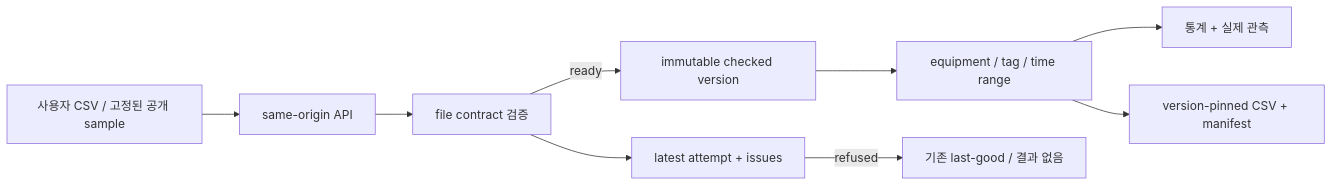
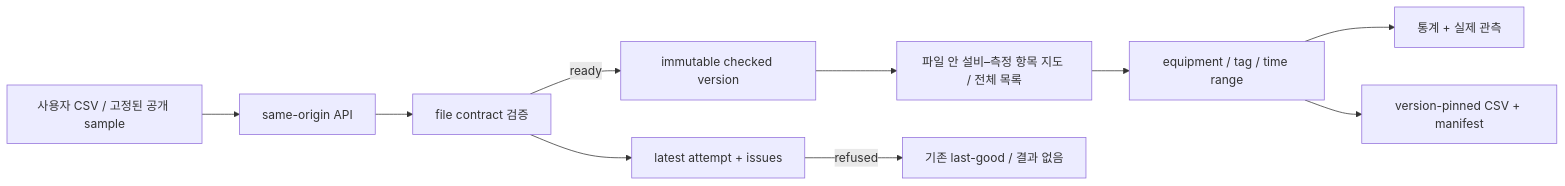
The first of 3 diagrams in docs/ARCHITECTURE.md (junhyun-dev/manufacturing-data-platform), drawn with Mermaid before and after one commit. The commit also changed other lines of this file and 13 other files, not shown here.

````diff
--- a/docs/ARCHITECTURE.md
+++ b/docs/ARCHITECTURE.md
@@ -7,11 +7,12 @@
 ```mermaid
 flowchart LR
   file["사용자 CSV / 고정된 공개 sample"] --> api["same-origin API"]
   api --> validate["file contract 검증"]
   validate --> attempt["latest attempt + issues"]
   validate -- ready --> version["immutable checked version"]
-  version --> select["equipment / tag / time range"]
+  version --> membership["파일 안 설비–측정 항목 지도 / 전체 목록"]
+  membership --> select["equipment / tag / time range"]
   select --> view["통계 + 실제 관측"]
   select --> export["version-pinned CSV + manifest"]
   attempt -- refused --> previous["기존 last-good / 결과 없음"]
 ```
````
